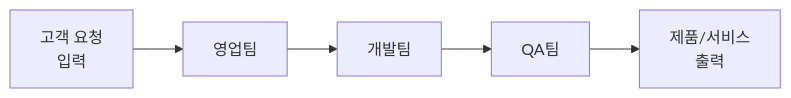
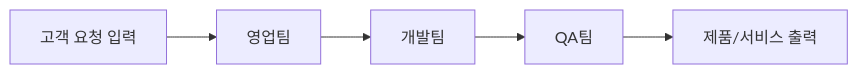
The fourth of 4 diagrams in 03-agent/32-system.md (Kanghyeop/pages-book-agent101), drawn with Mermaid before and after one commit. The commit also changed other lines of this file and 48 other files, not shown here.

First line of the commit message:
fix: Mermaid 렌더링 + SVG 경로 수정

````diff
--- a/03-agent/32-system.md
+++ b/03-agent/32-system.md
@@ -45,4 +45,4 @@
 ```mermaid
 flowchart LR
-    A[고객 요청<br/>입력] --> B[영업팀] --> C[개발팀] --> D[QA팀] --> E[제품/서비스<br/>출력]
+    A[고객 요청 입력] --> B[영업팀] --> C[개발팀] --> D[QA팀] --> E[제품/서비스 출력]
 ```
````
